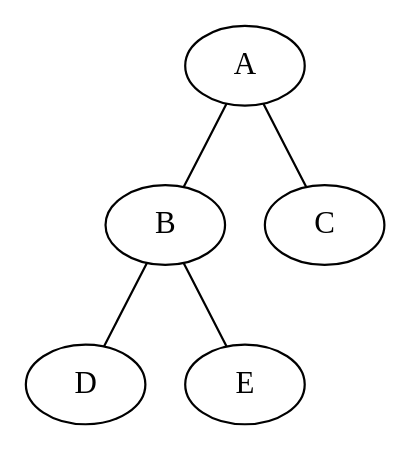
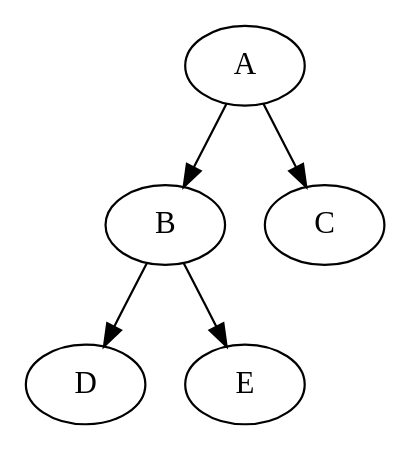
Before and after one commit to Zhaojia-Liang/CST499-OAOCR: the diagram in Sample.dot, drawn with Graphviz. The commit also changed 2 other files, not shown here.

Commit message:
Change the graph to directed

```diff
--- a/Sample.dot
+++ b/Sample.dot
@@ -1,11 +1,11 @@
-graph my_graph {
+digraph my_graph {
 A;
 B;
 C;
 D;
 E;
-A -- B;
-A -- C;
-B -- D;
-B -- E;
+A -> B;
+A -> C;
+B -> D;
+B -> E;
 }
```
